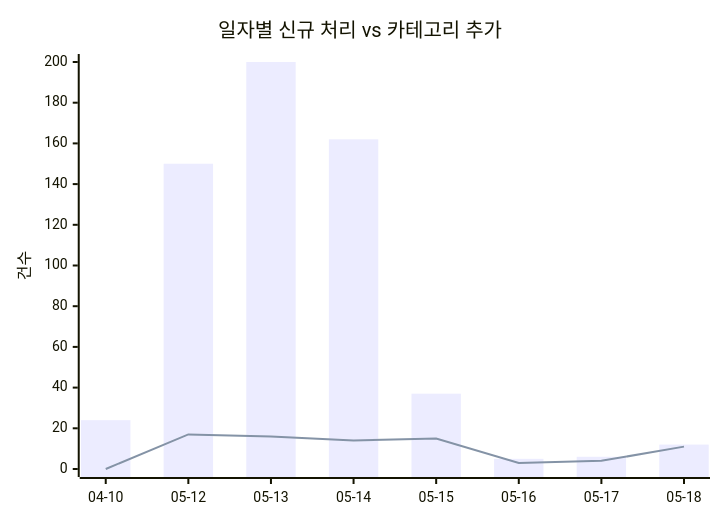
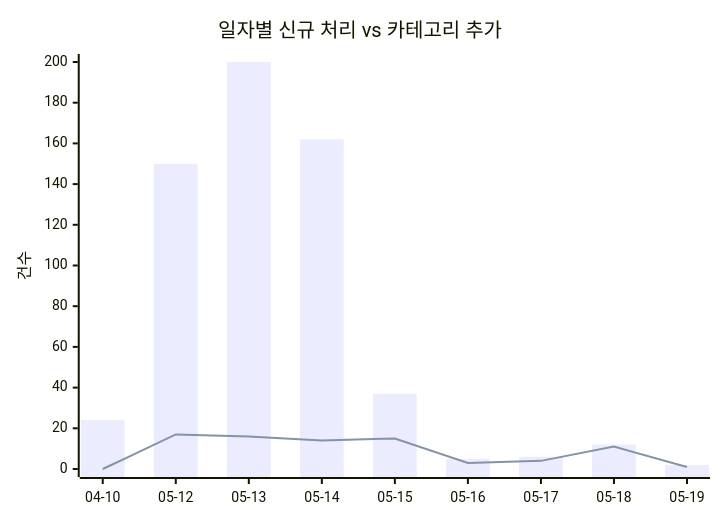
One commit to J-nowcow/awesome-korean-agent-skills changed the first of 2 diagrams in docs/trends.md. Above: the diagram before and after it, drawn with Mermaid. The commit also changed other lines of this file and 3 other files, not shown here.

````diff
--- a/docs/trends.md
+++ b/docs/trends.md
@@ -32,8 +32,8 @@
 ```mermaid
 xychart-beta
     title "일자별 신규 처리 vs 카테고리 추가"
-    x-axis ["04-10","05-12","05-13","05-14","05-15","05-16","05-17","05-18"]
+    x-axis ["04-10","05-12","05-13","05-14","05-15","05-16","05-17","05-18","05-19"]
     y-axis "건수"
-    bar [24,150,200,162,37,5,6,12]
-    line [0,17,16,14,15,3,4,11]
+    bar [24,150,200,162,37,5,6,12,2]
+    line [0,17,16,14,15,3,4,11,1]
 ```
````
